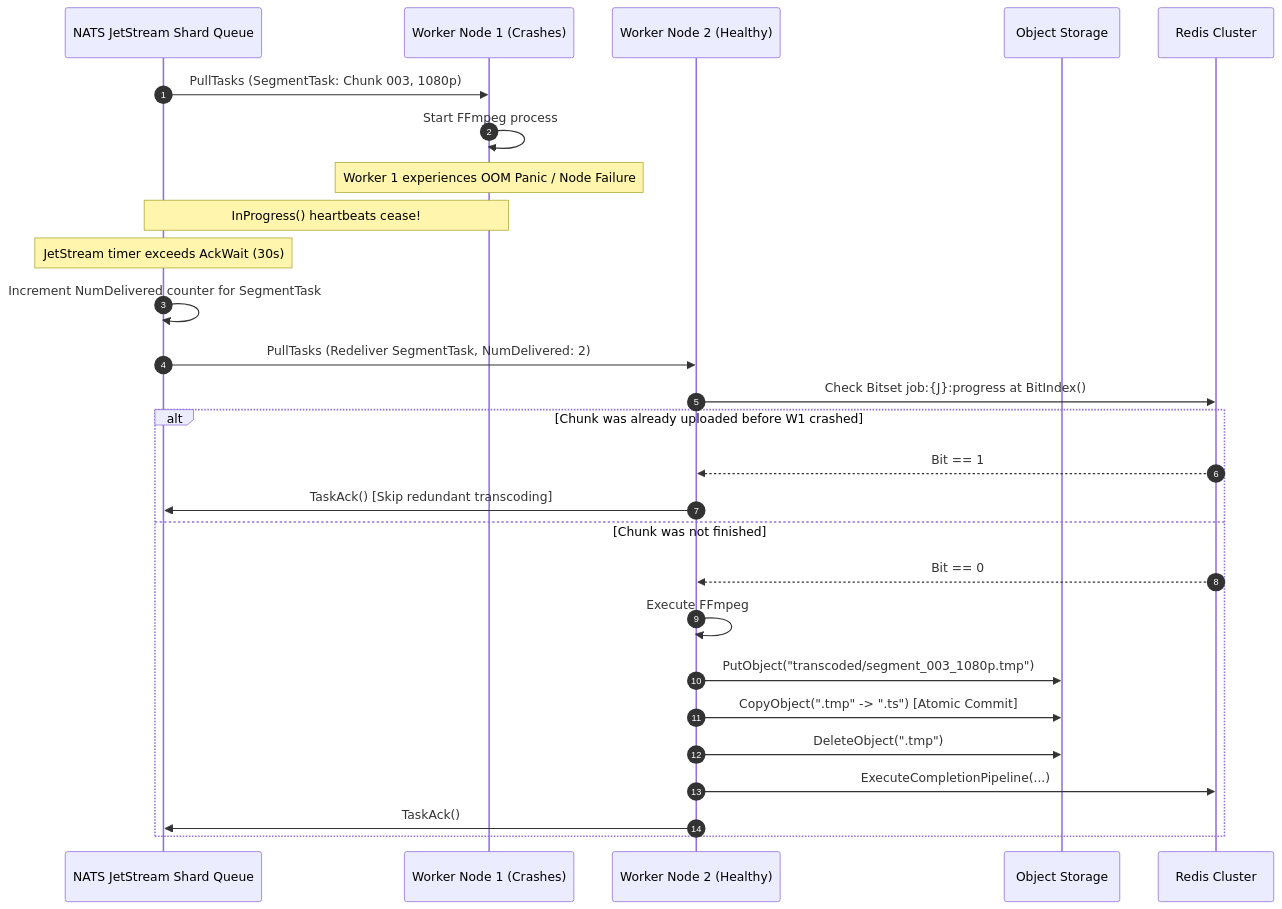
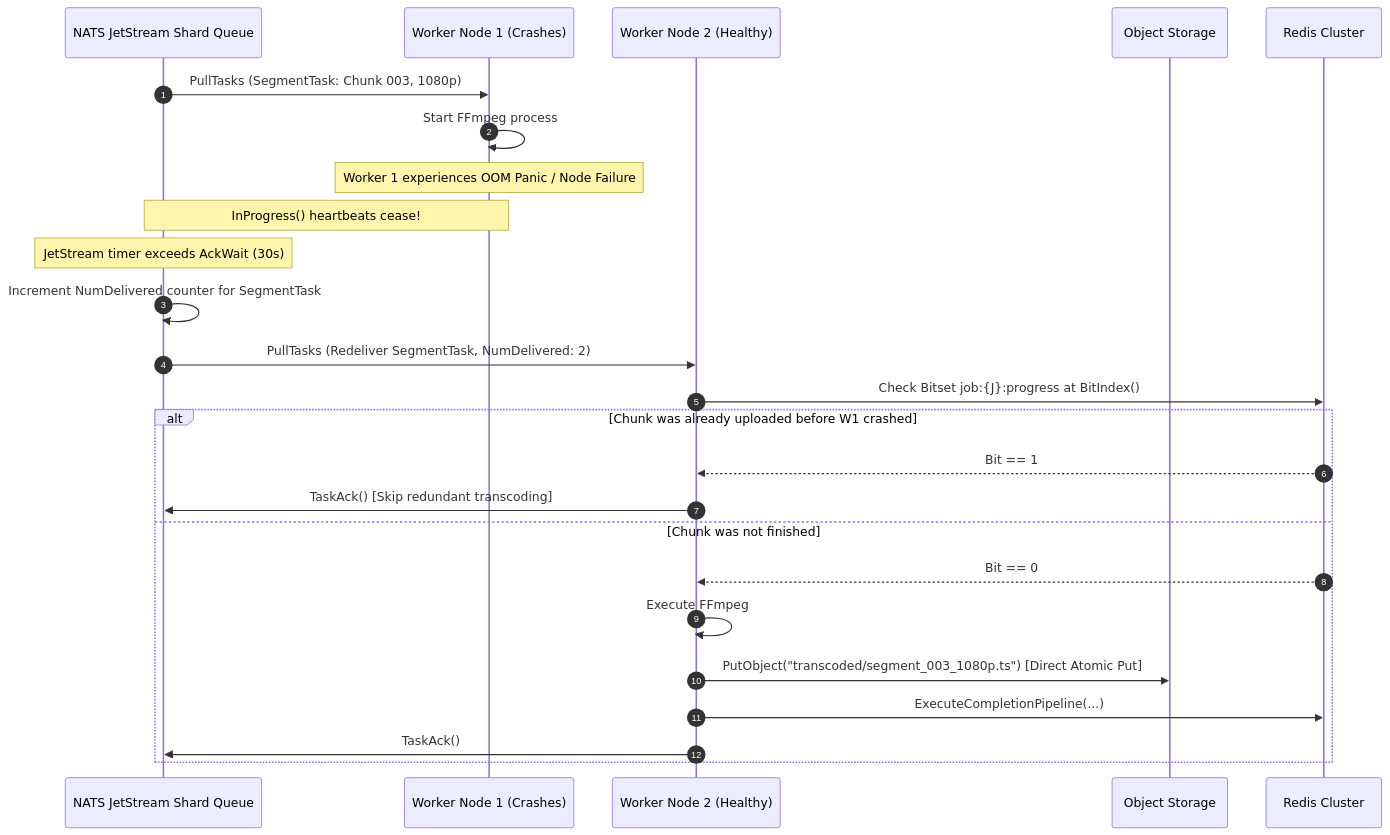
One commit to Ashutosh-Repos/Tessera changed the third of 10 diagrams in docs-theory/06-runtime-view.md. Above: the diagram before and after it, drawn with Mermaid. The commit also changed other lines of this file and 38 other files, not shown here.

First line of the commit message:
feat(core): architectural optimizations, deep test suites, deterministic benchmarks & docs sync (#16)

````diff
--- a/docs-theory/06-runtime-view.md
+++ b/docs-theory/06-runtime-view.md
@@ -210,32 +208,30 @@
 ```mermaid
 sequenceDiagram
     autonumber
     participant NATS as NATS JetStream Shard Queue
     participant W1 as Worker Node 1 (Crashes)
     participant W2 as Worker Node 2 (Healthy)
     participant S3 as Object Storage
     participant Redis as Redis Cluster
 
     NATS->>W1: PullTasks (SegmentTask: Chunk 003, 1080p)
     W1->>W1: Start FFmpeg process
     Note over W1: Worker 1 experiences OOM Panic / Node Failure
     Note over W1, NATS: InProgress() heartbeats cease!
 
     Note over NATS: JetStream timer exceeds AckWait (30s)
     NATS->>NATS: Increment NumDelivered counter for SegmentTask
     NATS->>W2: PullTasks (Redeliver SegmentTask, NumDelivered: 2)
     
     W2->>Redis: Check Bitset job:{J}:progress at BitIndex()
     alt Chunk was already uploaded before W1 crashed
         Redis-->>W2: Bit == 1
         W2->>NATS: TaskAck() [Skip redundant transcoding]
     else Chunk was not finished
         Redis-->>W2: Bit == 0
         W2->>W2: Execute FFmpeg
-        W2->>S3: PutObject("transcoded/segment_003_1080p.tmp")
-        W2->>S3: CopyObject(".tmp" -> ".ts") [Atomic Commit]
-        W2->>S3: DeleteObject(".tmp")
+        W2->>S3: PutObject("transcoded/segment_003_1080p.ts") [Direct Atomic Put]
         W2->>Redis: ExecuteCompletionPipeline(...)
         W2->>NATS: TaskAck()
     end
 ```
````
